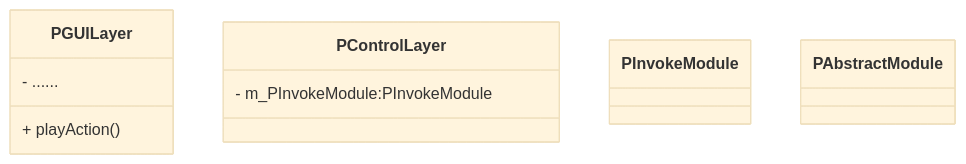
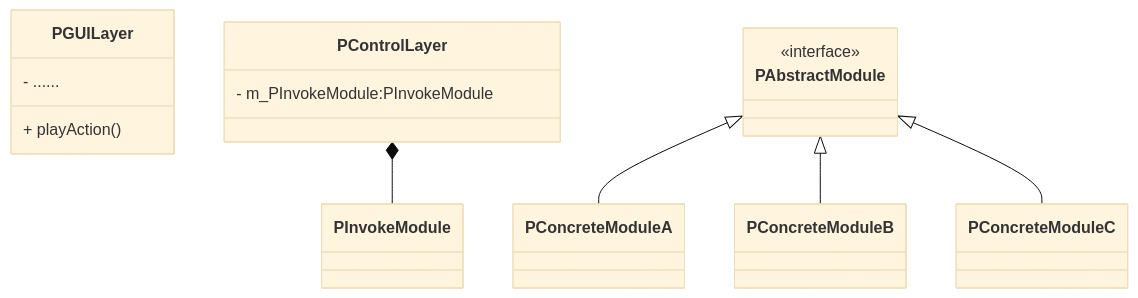
The diagram in README.md (YUN-LJ/FrameFlow), drawn with Mermaid (base theme) before and after one commit. The commit also changed other lines of this file, not shown here.

Commit message:
修改Markdown文件 提供基础项目说明

````diff
--- a/README.md
+++ b/README.md
@@ -13,17 +13,31 @@
 ```mermaid
 %%pycharm的mermaid无法识别中文
 classDiagram
 class PGUILayer{
     + playAction()
     - ......
 }
 class PControlLayer{
     - m_PInvokeModule:PInvokeModule
 }
 class PInvokeModule{
     
 }
 class PAbstractModule{
     
 }
+class PConcreteModuleA{
+    
+}
+class PConcreteModuleB{
+    
+}
+class PConcreteModuleC{
+    
+}
+<<interface>> PAbstractModule
+PControlLayer *-- PInvokeModule
+PAbstractModule <|-- PConcreteModuleA
+PAbstractModule <|-- PConcreteModuleB
+PAbstractModule <|-- PConcreteModuleC
 ```
````
